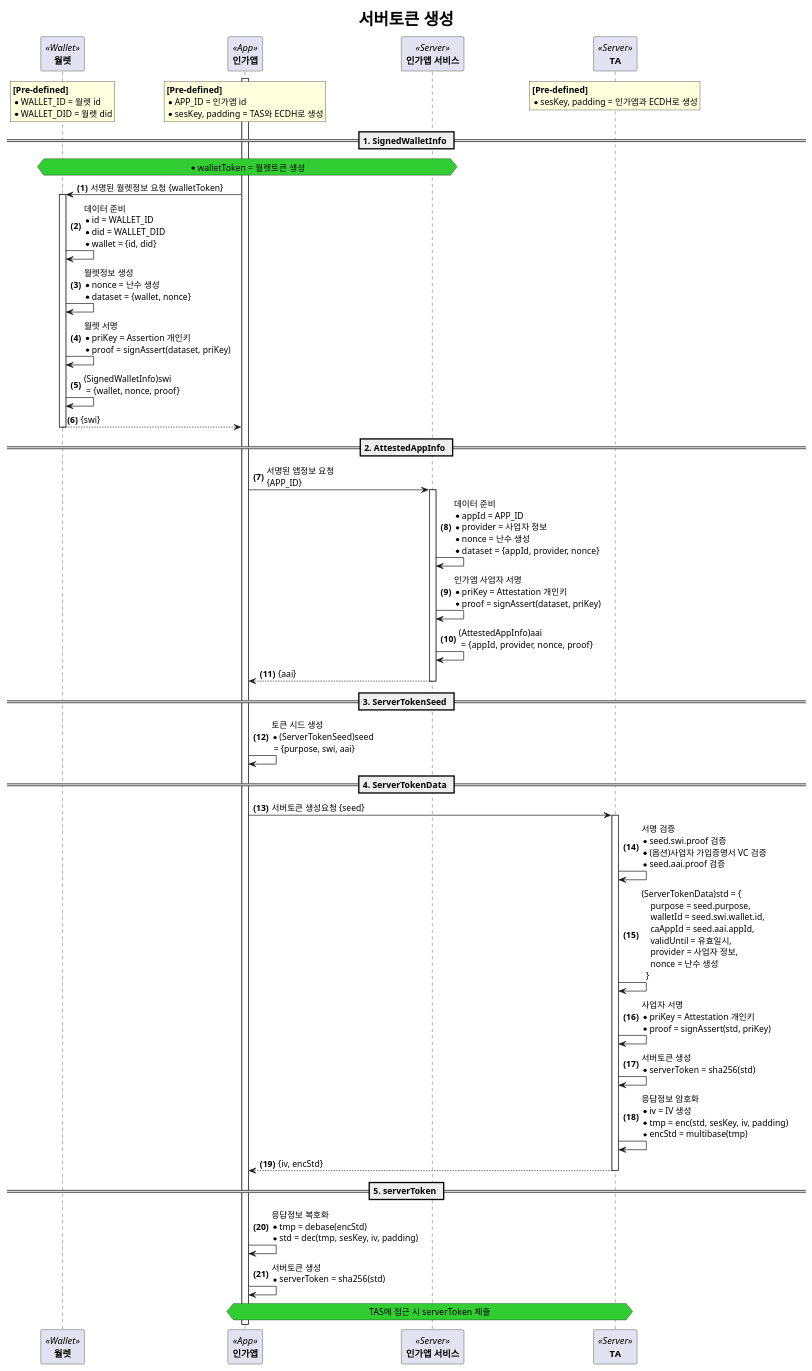
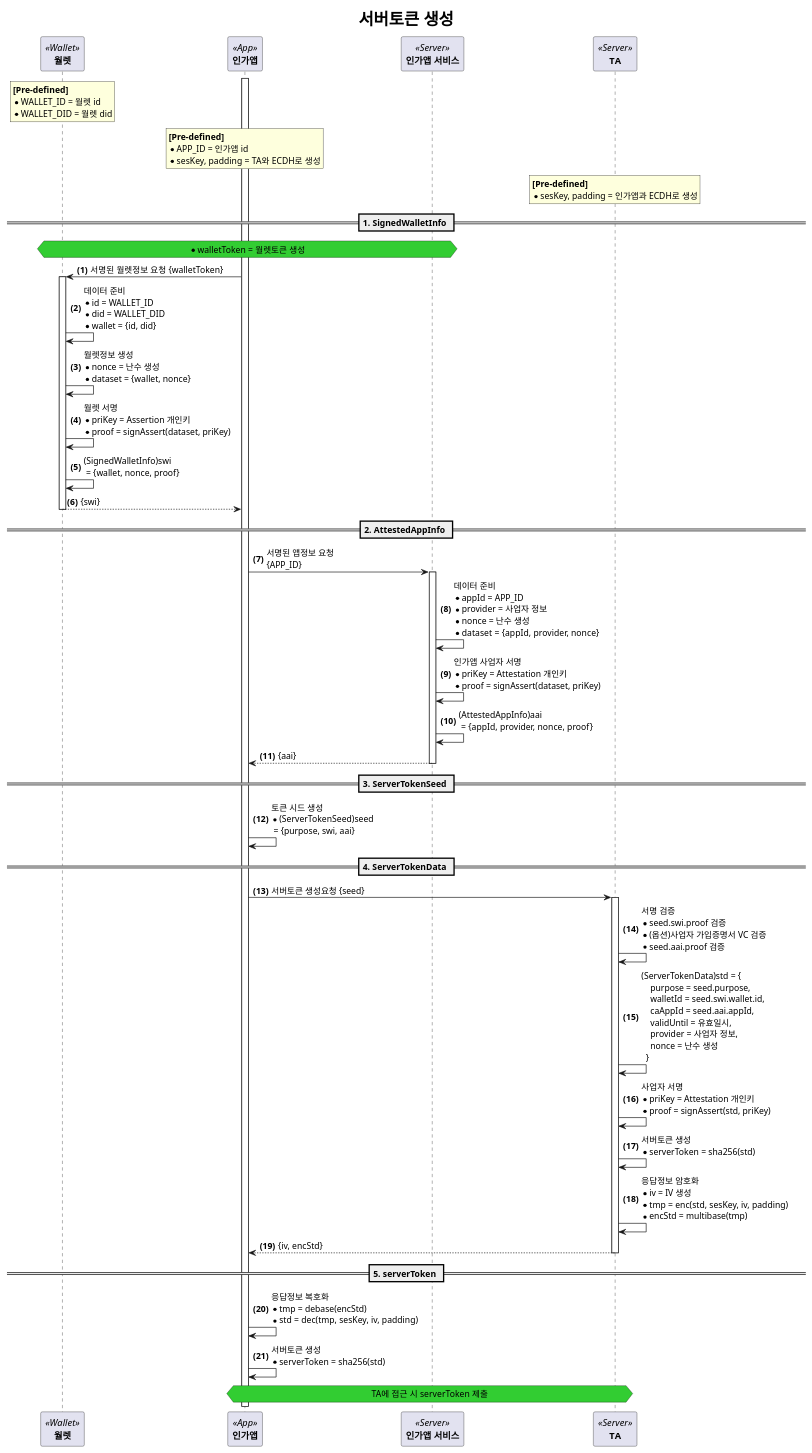
The diagram in docs/concepts/plantuml/server_token_detail.puml (OmniOneID/did-doc-architecture), drawn with PlantUML before and after one commit. The commit also changed 277 other files, not shown here.

```diff
--- a/docs/concepts/plantuml/server_token_detail.puml
+++ b/docs/concepts/plantuml/server_token_detail.puml
@@ -1,107 +1,107 @@
 @startuml proc_server_token_detail
 title
 	<size:25>서버토큰 생성</size>
 end title
 
 autonumber "<b>(#)</b>"
 
 participant "**월렛**" as wal <<Wallet>>
 participant "**인가앱**" as ca <<App>>
 participant "**인가앱 서비스**" as cas <<Server>>
 participant "**TA**" as tas <<Server>>
 
 activate ca
 
 rnote over wal
     **[Pre-defined]**
     * WALLET_ID = 월렛 id
     * WALLET_DID = 월렛 did
 end rnote
-/ rnote over ca
+& rnote over ca
     **[Pre-defined]**
     * APP_ID = 인가앱 id
-    * sesKey, padding = TAS와 ECDH로 생성
+    * sesKey, padding = TA와 ECDH로 생성
 end rnote
-/ rnote over tas
+& rnote over tas
     **[Pre-defined]**
     * sesKey, padding = 인가앱과 ECDH로 생성
 end rnote
 
 == 1. SignedWalletInfo ==
 
 hnote over wal, cas #LimeGreen
     * walletToken = 월렛토큰 생성
 end hnote
 
 ca -> wal ++: 서명된 월렛정보 요청 {walletToken}
     wal -> wal: 데이터 준비\
             \n* id = WALLET_ID\
             \n* did = WALLET_DID\
             \n* wallet = {id, did}
     wal -> wal: 월렛정보 생성\
             \n* nonce = 난수 생성\
             \n* dataset = {wallet, nonce}
     wal -> wal: 월렛 서명\
             \n* priKey = Assertion 개인키\
             \n* proof = signAssert(dataset, priKey)
     wal -> wal: (SignedWalletInfo)swi\
             \n = {wallet, nonce, proof}
 return {swi}
 
 == 2. AttestedAppInfo ==
 
 ca -> cas ++: 서명된 앱정보 요청\n{APP_ID}
     cas -> cas: 데이터 준비\
             \n* appId = APP_ID\
             \n* provider = 사업자 정보\
             \n* nonce = 난수 생성\
             \n* dataset = {appId, provider, nonce}
     cas -> cas: 인가앱 사업자 서명\
             \n* priKey = Attestation 개인키\
             \n* proof = signAssert(dataset, priKey)
     cas -> cas: (AttestedAppInfo)aai\
             \n = {appId, provider, nonce, proof}
 return {aai}
 
 == 3. ServerTokenSeed ==
 
 ca -> ca: 토큰 시드 생성\
         \n* (ServerTokenSeed)seed\
         \n = {purpose, swi, aai}
 
 == 4. ServerTokenData ==
 
 ca -> tas ++: 서버토큰 생성요청 {seed}
     tas -> tas: 서명 검증\
             \n* seed.swi.proof 검증\
             \n* (옵션)사업자 가입증명서 VC 검증\
             \n* seed.aai.proof 검증
     tas -> tas: (ServerTokenData)std = {\
             \n    purpose = seed.purpose,\
             \n    walletId = seed.swi.wallet.id,\
             \n    caAppId = seed.aai.appId,\
             \n    validUntil = 유효일시,\
             \n    provider = 사업자 정보,\
             \n    nonce = 난수 생성\
             \n  }
     tas -> tas: 사업자 서명\
             \n* priKey = Attestation 개인키\
             \n* proof = signAssert(std, priKey)
     tas -> tas: 서버토큰 생성\n* serverToken = sha256(std)
     tas -> tas: 응답정보 암호화\
             \n* iv = IV 생성\
             \n* tmp = enc(std, sesKey, iv, padding)\
             \n* encStd = multibase(tmp)
 return {iv, encStd}
 
 == 5. serverToken ==
 
 ca -> ca: 응답정보 복호화\
     \n* tmp = debase(encStd)\
     \n* std = dec(tmp, sesKey, iv, padding)
 ca -> ca: 서버토큰 생성\n* serverToken = sha256(std)
 
 hnote over ca, tas #LimeGreen
-    TAS에 접근 시 serverToken 제출
+    TA에 접근 시 serverToken 제출
 end hnote
 @enduml
```
